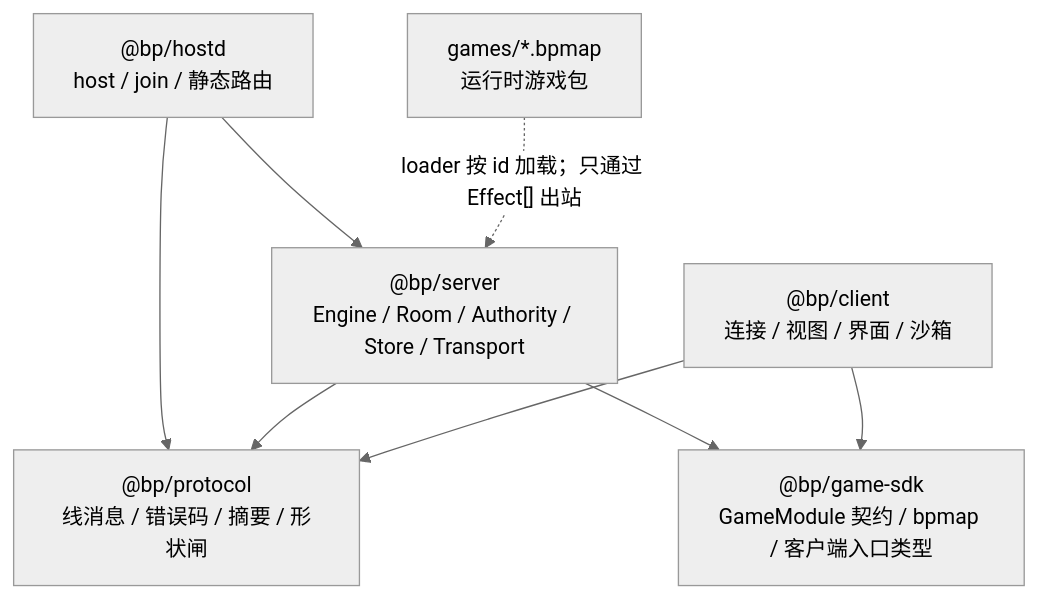
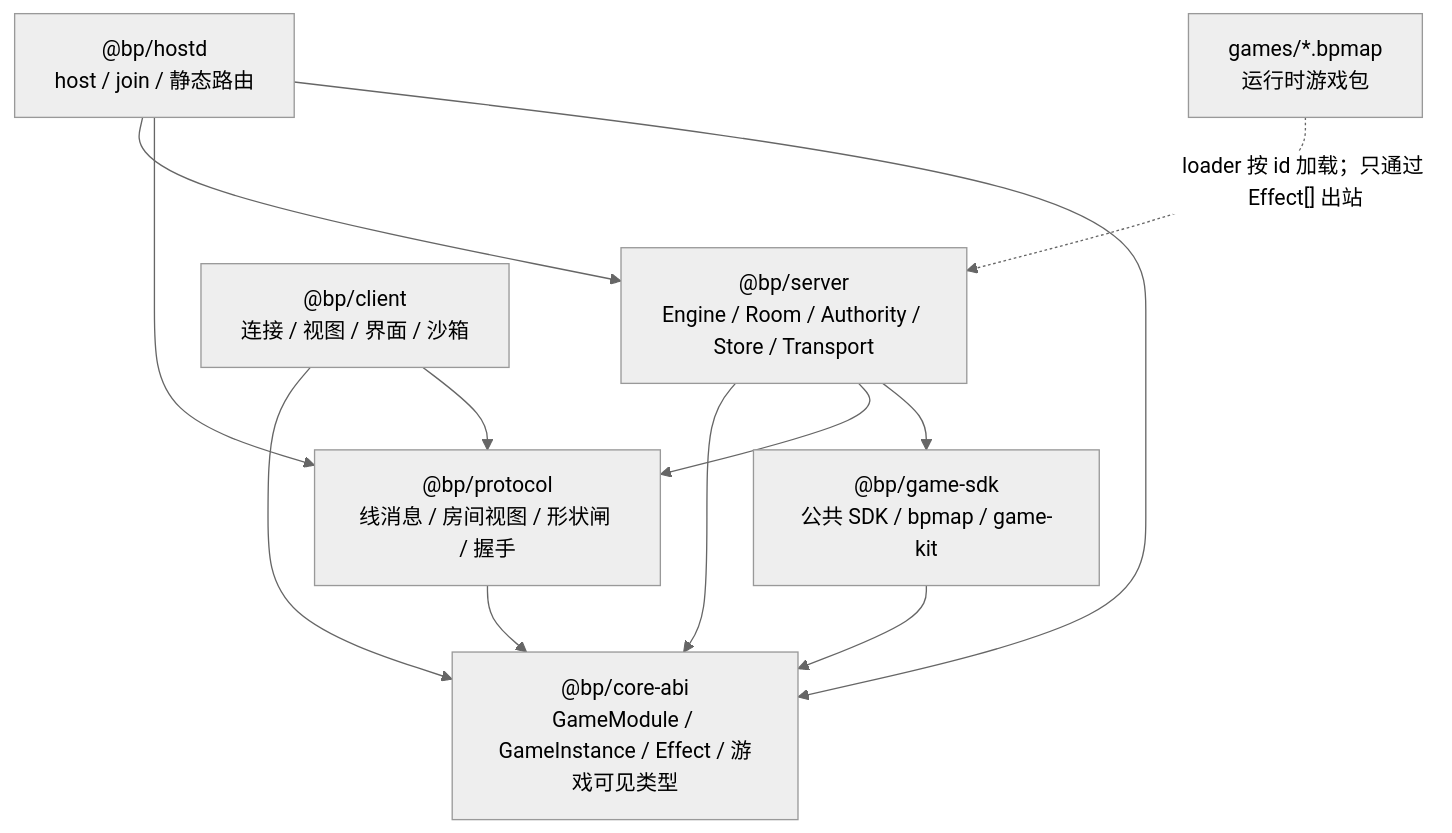
Before and after one commit to Lizardon386/3178-battle-platform: the sixth of 6 diagrams in DESIGN.md, drawn with Mermaid (neutral theme). The commit also changed other lines of this file and 47 other files, not shown here.

First line of the commit message:
refactor: 拆出 @bp/core-abi，protocol 只留线协议

````diff
--- a/DESIGN.md
+++ b/DESIGN.md
@@ -185,16 +186,21 @@
 ```mermaid
 flowchart TD
-  P["@bp/protocol<br/>线消息 / 错误码 / 摘要 / 形状闸"]
-  K["@bp/game-sdk<br/>GameModule 契约 / bpmap / 客户端入口类型"]
+  A["@bp/core-abi<br/>GameModule / GameInstance / Effect / 游戏可见类型"]
+  P["@bp/protocol<br/>线消息 / 房间视图 / 形状闸 / 握手"]
+  K["@bp/game-sdk<br/>公共 SDK / bpmap / game-kit"]
   S["@bp/server<br/>Engine / Room / Authority / Store / Transport"]
   C["@bp/client<br/>连接 / 视图 / 界面 / 沙箱"]
   H["@bp/hostd<br/>host / join / 静态路由"]
   G["games/*.bpmap<br/>运行时游戏包"]
   H --> S
   H --> P
+  H --> A
+  S --> A
   S --> P
   S --> K
+  C --> A
   C --> P
-  C --> K
+  P --> A
+  K --> A
   G -. "loader 按 id 加载；只通过 Effect[] 出站" .-> S
 ```
````
